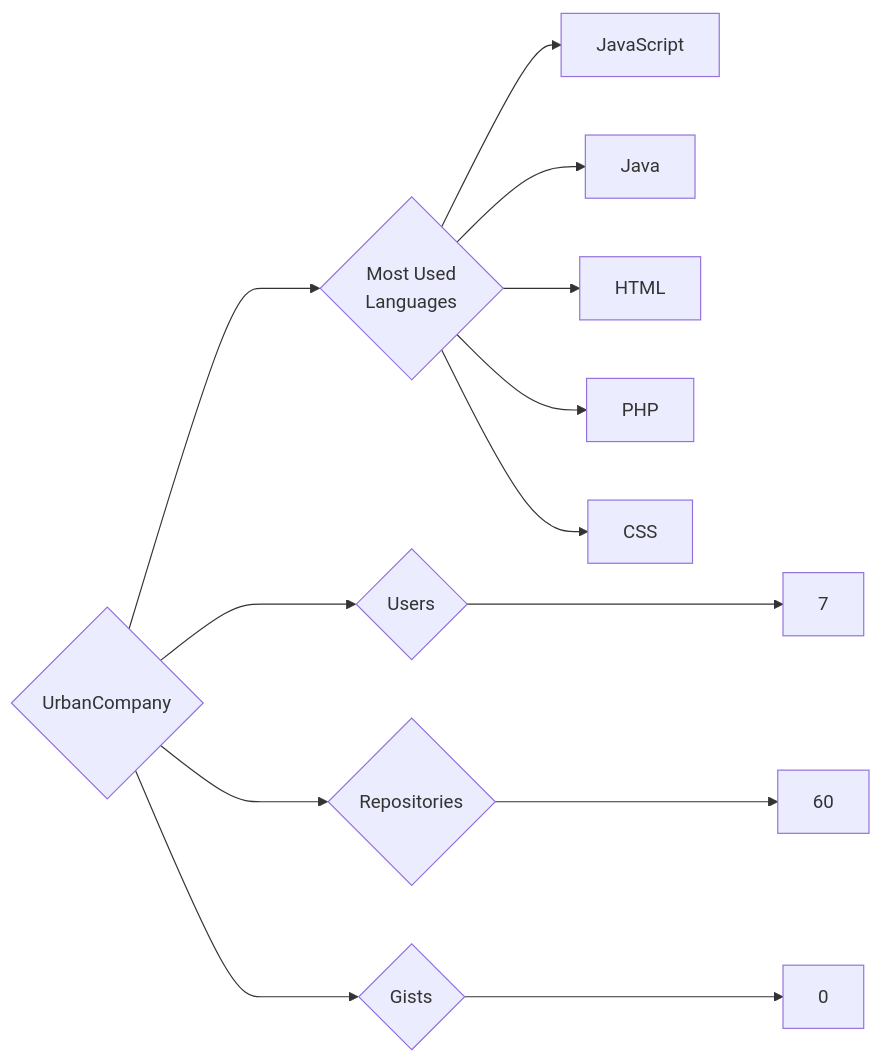
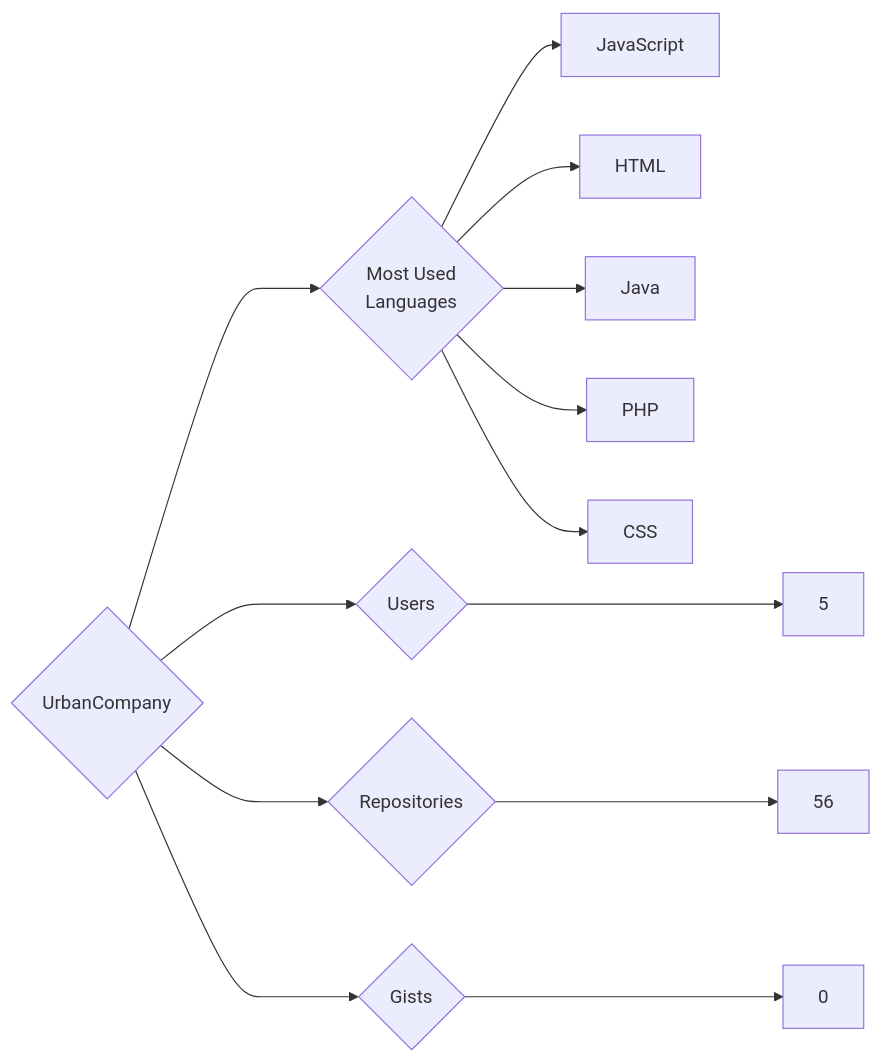
Before and after one commit to trickest/insiders: the diagram in targets/UrbanCompany/README.md, drawn with Mermaid. The commit also changed 1011 other files, not shown here.

````diff
--- a/targets/UrbanCompany/README.md
+++ b/targets/UrbanCompany/README.md
@@ -3,13 +3,13 @@
 ```mermaid
 graph LR
 COMPANY_NAME{UrbanCompany}
-COMPANY_NAME ---> U{Users} ---> UN[7]
-COMPANY_NAME ---> R{Repositories} ---> RN[60]
+COMPANY_NAME ---> U{Users} ---> UN[5]
+COMPANY_NAME ---> R{Repositories} ---> RN[56]
 COMPANY_NAME ---> G{Gists} ---> GN[0]
 COMPANY_NAME ---> ML{Most Used<br>Languages}
 ML --> JavaScript[JavaScript]
+ML --> HTML[HTML]
 ML --> Java[Java]
-ML --> HTML[HTML]
 ML --> PHP[PHP]
 ML --> CSS[CSS]
 ```
````
